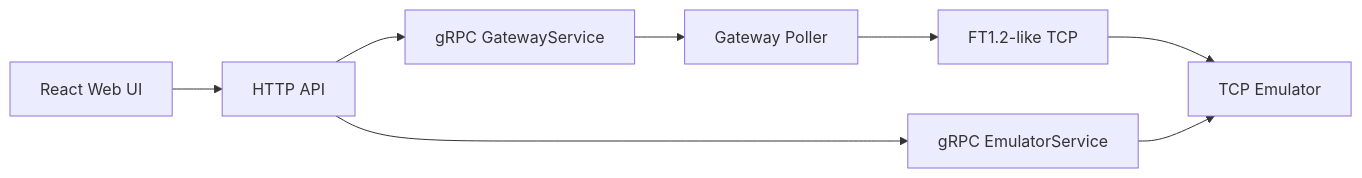
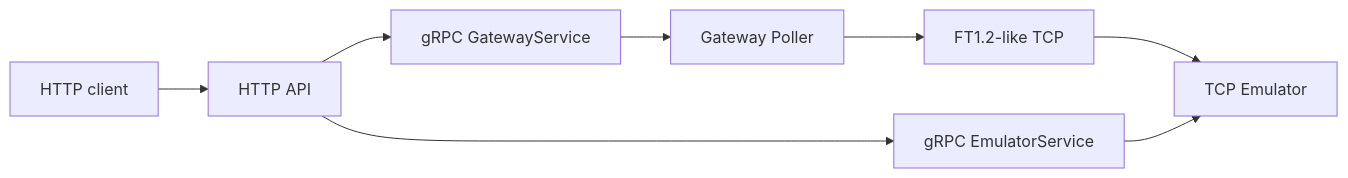
The diagram in README.md (dimbo1324/ttron-ttr20-time-r), drawn with Mermaid before and after one commit. The commit also changed other lines of this file and 105 other files, not shown here.

````diff
--- a/README.md
+++ b/README.md
@@ -36,10 +27,10 @@
 ```mermaid
 flowchart LR
-  Web["React Web UI"] --> API["HTTP API"]
+  Client["HTTP client"] --> API["HTTP API"]
   API --> EG["gRPC EmulatorService"]
   API --> GG["gRPC GatewayService"]
   Gateway["Gateway Poller"] --> TCP["FT1.2-like TCP"]
   TCP --> Emulator["TCP Emulator"]
   EG --> Emulator
   GG --> Gateway
 ```
````
